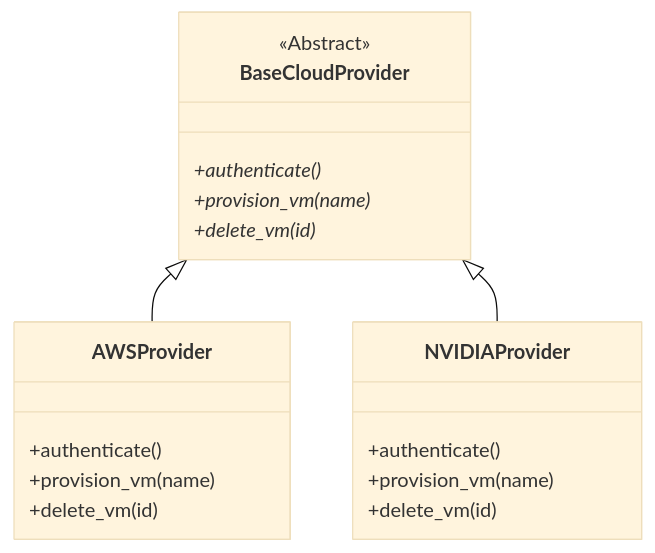
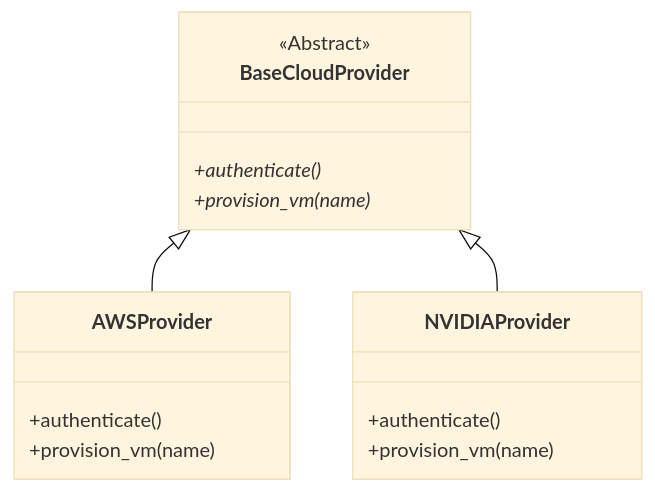
The fourth of 5 diagrams in docs/volume-02/00-python-fundamentals-for-infrastructure-masterclass.md (jithinpnjm/nvidia-devops), drawn with Mermaid (base theme) before and after one commit. The commit also changed other lines of this file and 289 other files, not shown here.

````diff
--- a/docs/volume-02/00-python-fundamentals-for-infrastructure-masterclass.md
+++ b/docs/volume-02/00-python-fundamentals-for-infrastructure-masterclass.md
@@ -393,24 +395,21 @@
 ```mermaid
 classDiagram
     class BaseCloudProvider {
         <<Abstract>>
         +authenticate()*
         +provision_vm(name)*
-        +delete_vm(id)*
     }
     
     class AWSProvider {
         +authenticate()
         +provision_vm(name)
-        +delete_vm(id)
     }
     
     class NVIDIAProvider {
         +authenticate()
         +provision_vm(name)
-        +delete_vm(id)
     }
     
     BaseCloudProvider <|-- AWSProvider
     BaseCloudProvider <|-- NVIDIAProvider
 ```
````
